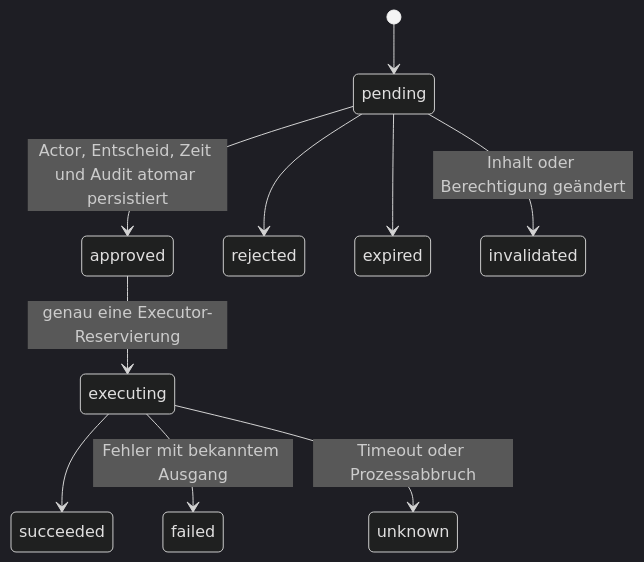
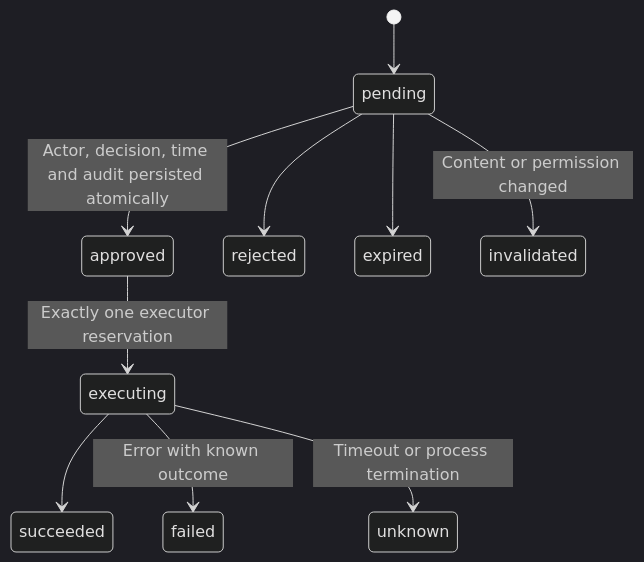
One commit to srahmel/paperclip-m365 changed the second of 2 diagrams in docs/plans/2026-11-15-m365-plugin.md. Above: the diagram before and after it, drawn with Mermaid (dark theme). The commit also changed other lines of this file and 6 other files, not shown here.

````diff
--- a/docs/plans/2026-11-15-m365-plugin.md
+++ b/docs/plans/2026-11-15-m365-plugin.md
@@ -96,12 +96,12 @@
 ```mermaid
 stateDiagram-v2
     [*] --> pending
-    pending --> approved: Actor, Entscheid, Zeit und Audit atomar persistiert
+    pending --> approved: Actor, decision, time and audit persisted atomically
     pending --> rejected
     pending --> expired
-    pending --> invalidated: Inhalt oder Berechtigung geändert
-    approved --> executing: genau eine Executor-Reservierung
+    pending --> invalidated: Content or permission changed
+    approved --> executing: Exactly one executor reservation
     executing --> succeeded
-    executing --> failed: Fehler mit bekanntem Ausgang
-    executing --> unknown: Timeout oder Prozessabbruch
+    executing --> failed: Error with known outcome
+    executing --> unknown: Timeout or process termination
 ```
````
